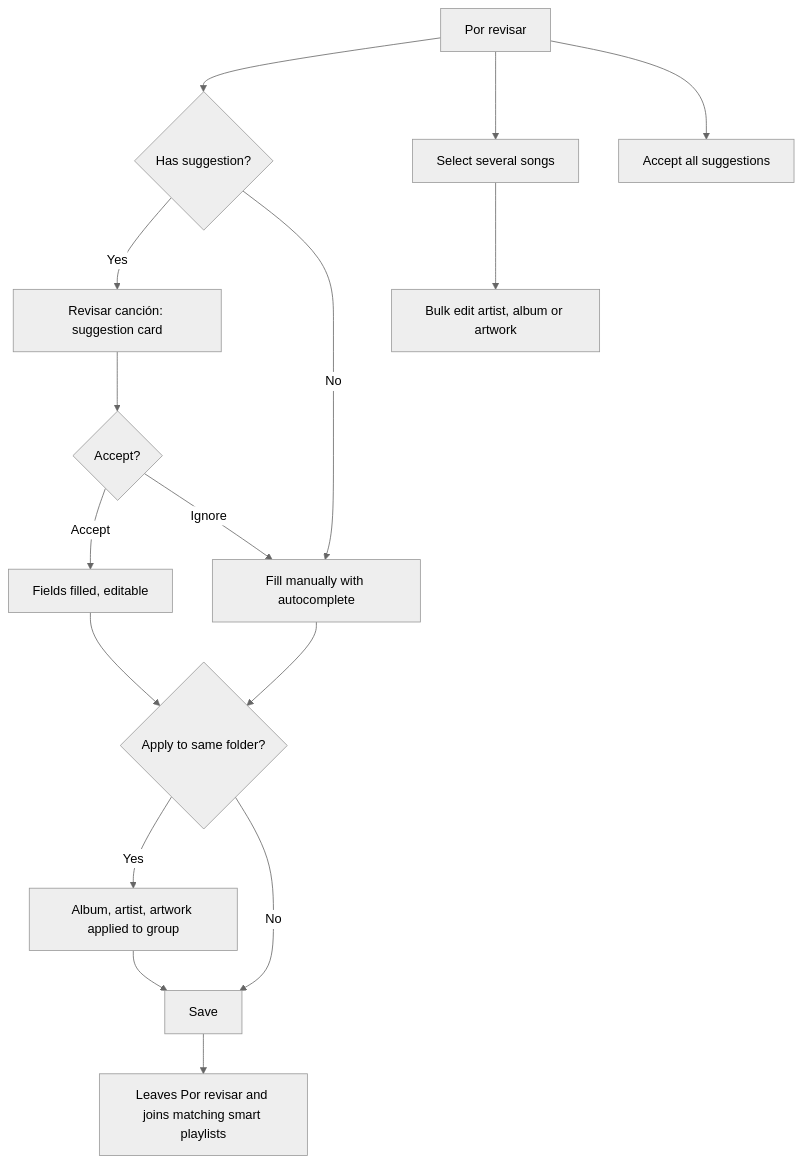
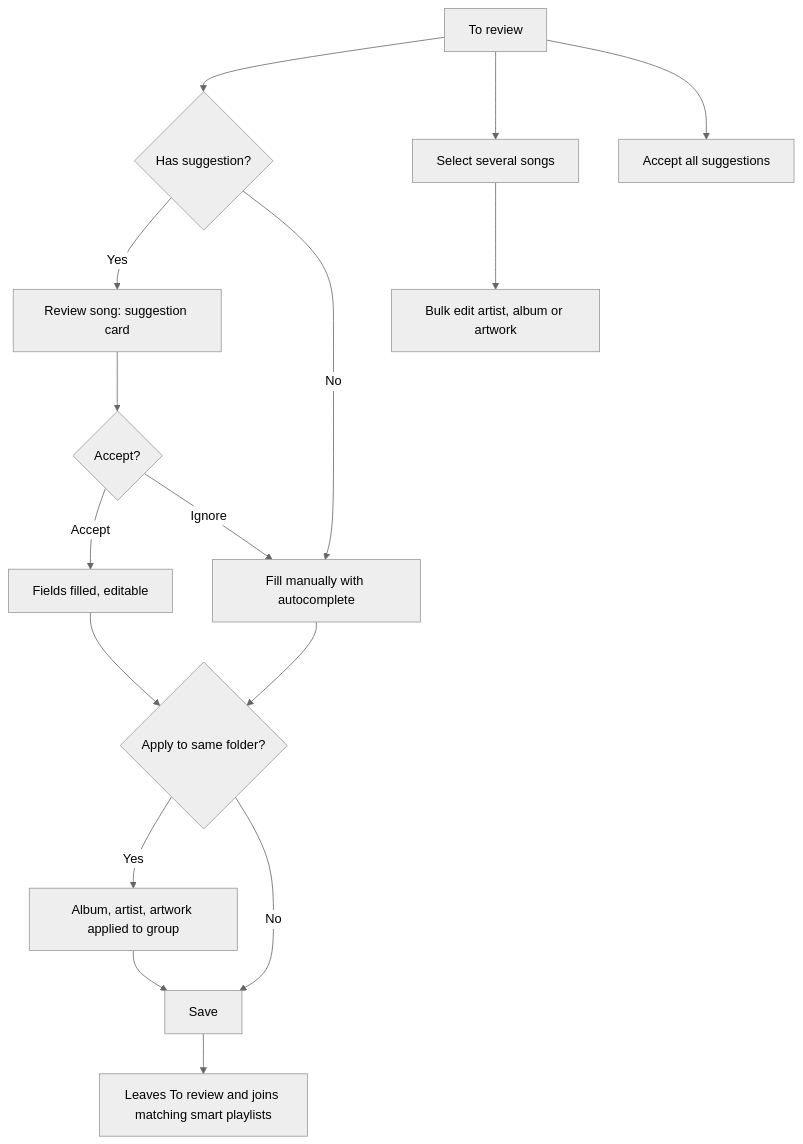
The fourth of 8 diagrams in docs/USER_FLOWS.md (sabrinasalomon/CoryMusic), drawn with Mermaid (neutral theme) before and after one commit. The commit also changed other lines of this file and 20 other files, not shown here.

````diff
--- a/docs/USER_FLOWS.md
+++ b/docs/USER_FLOWS.md
@@ -78,16 +94,16 @@
 ```mermaid
 flowchart TD
-    A[Por revisar] --> B{Has suggestion?}
-    B -- Yes --> C[Revisar canción: suggestion card]
+    A[To review] --> B{Has suggestion?}
+    B -- Yes --> C[Review song: suggestion card]
     C --> D{Accept?}
     D -- Accept --> E[Fields filled, editable]
     D -- Ignore --> F[Fill manually with autocomplete]
     B -- No --> F
     E & F --> G{Apply to same folder?}
     G -- Yes --> H[Album, artist, artwork applied to group]
     G -- No --> I[Save]
     H --> I
-    I --> J[Leaves Por revisar and joins matching smart playlists]
+    I --> J[Leaves To review and joins matching smart playlists]
     A --> K[Select several songs] --> L[Bulk edit artist, album or artwork]
     A --> M[Accept all suggestions]
 ```
````
